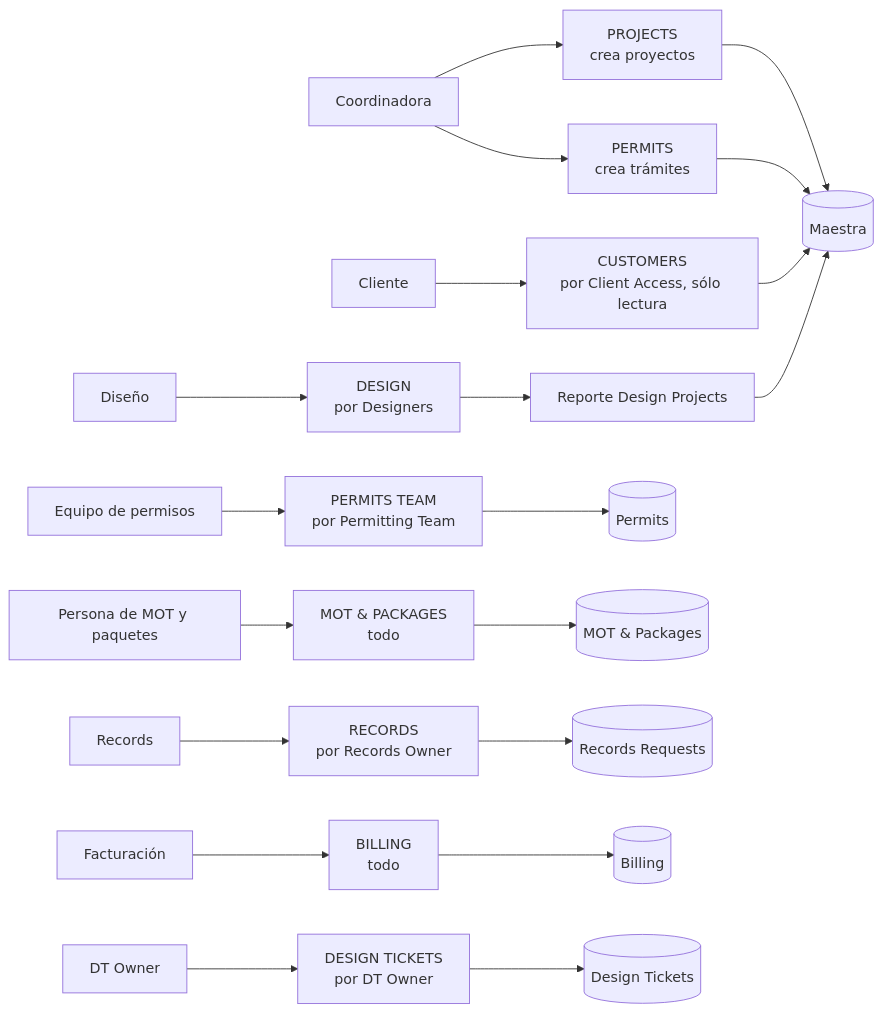
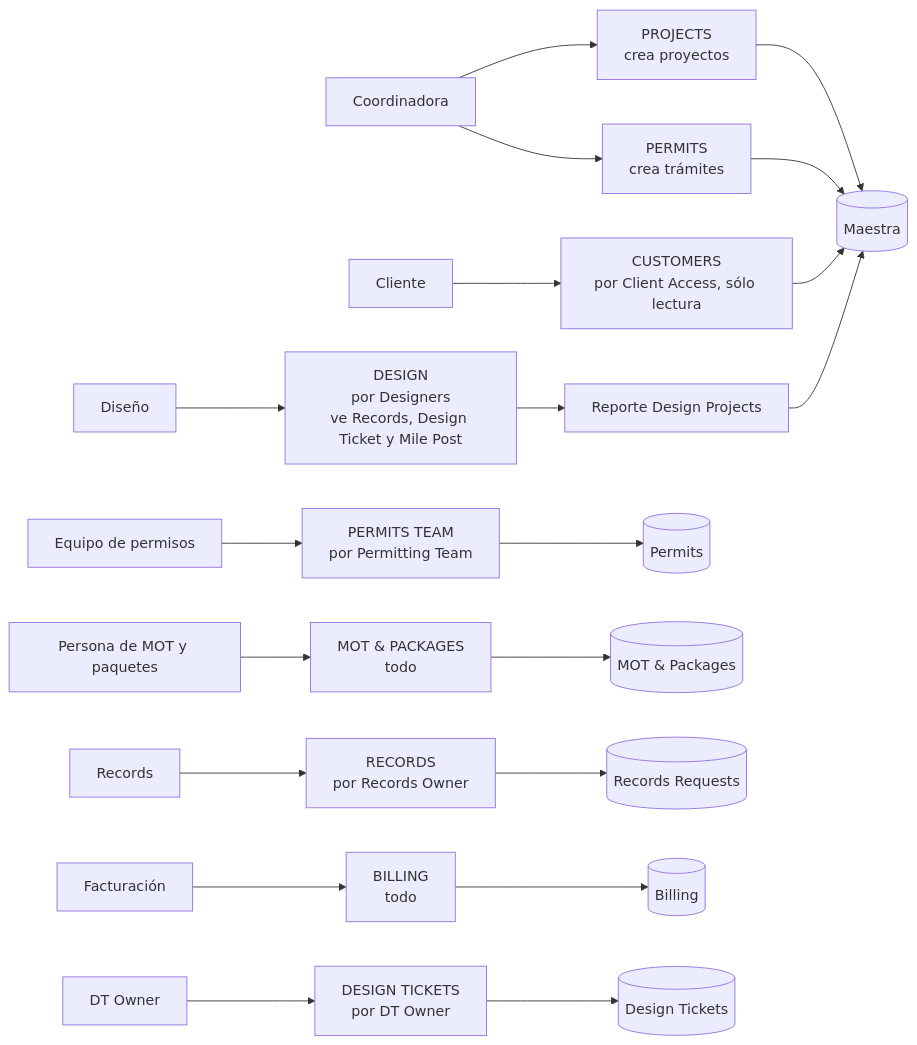
One commit to DioBrando0203/permisos_smartsheet changed the second of 5 diagrams in backend/docs/mapa_2.0/DIAGRAMAS.md. Above: the diagram before and after it, drawn with Mermaid. The commit also changed 4 other files, not shown here.

Commit message:
docs: una sola vista de Records y diseño ve Records, Design Ticket y Mile Post (VK-00t6)

````diff
--- a/backend/docs/mapa_2.0/DIAGRAMAS.md
+++ b/backend/docs/mapa_2.0/DIAGRAMAS.md
@@ -39,22 +39,22 @@
 ```mermaid
 flowchart LR
     CO["Coordinadora"] --> VPR["PROJECTS<br/>crea proyectos"]
     CO --> VPE["PERMITS<br/>crea trámites"]
-    DI["Diseño"] --> VDE["DESIGN<br/>por Designers"]
+    DI["Diseño"] --> VDE["DESIGN<br/>por Designers<br/>ve Records, Design Ticket y Mile Post"]
     PT["Equipo de permisos"] --> VPT["PERMITS TEAM<br/>por Permitting Team"]
     MP["Persona de MOT y paquetes"] --> VMO["MOT #amp; PACKAGES<br/>todo"]
     RE["Records"] --> VRE["RECORDS<br/>por Records Owner"]
     FA["Facturación"] --> VBI["BILLING<br/>todo"]
     DT["DT Owner"] --> VDT["DESIGN TICKETS<br/>por DT Owner"]
     CL["Cliente"] --> VCU["CUSTOMERS<br/>por Client Access, sólo lectura"]
 
     VPR --> M[("Maestra")]
     VPE --> M
     VCU --> M
     VDE --> RDP["Reporte Design Projects"] --> M
     VPT --> PER[("Permits")]
     VMO --> MOT[("MOT #amp; Packages")]
     VRE --> REC[("Records Requests")]
     VBI --> BIL[("Billing")]
     VDT --> DTK[("Design Tickets")]
 ```
````
